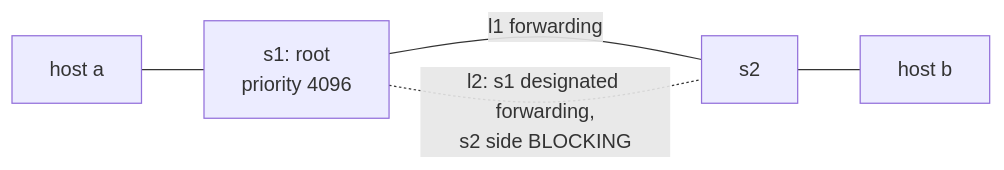
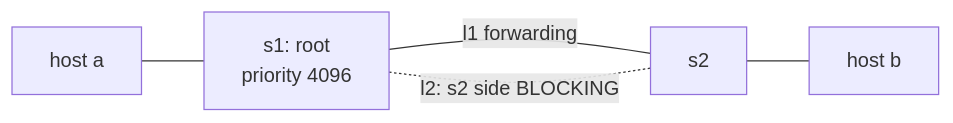
Before and after one commit to Princeahrwar/Study: the second of 3 diagrams in 07_networking/01_network_models_and_layer2.md, drawn with Mermaid. The commit also changed other lines of this file, not shown here.

````diff
--- a/07_networking/01_network_models_and_layer2.md
+++ b/07_networking/01_network_models_and_layer2.md
@@ -809,7 +274,7 @@
 ```mermaid
 flowchart LR
   A[host a] --- S1
   S1[s1: root<br/>priority 4096] ---|l1 forwarding| S2[s2]
-  S1 -.-|l2: s1 designated forwarding,<br/>s2 side BLOCKING| S2
+  S1 -.-|l2: s2 side BLOCKING| S2
   S2 --- B[host b]
 ```
````
